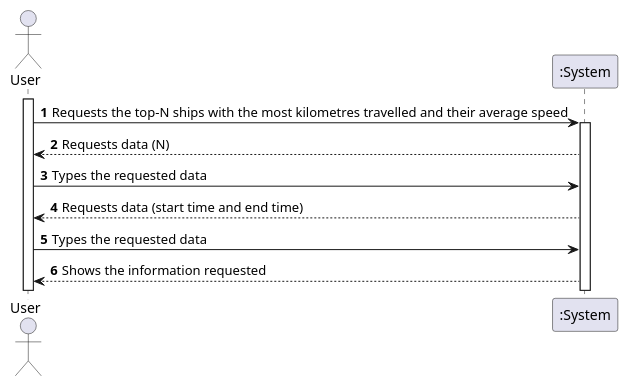
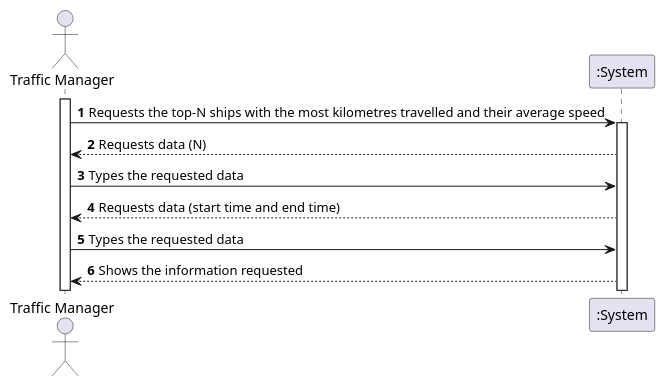
The diagram in docs/Sprint 1/US106/US106_SSD.puml (1190772/LAB-Project-3), drawn with PlantUML before and after one commit. The commit also changed 6 other files, not shown here.

```diff
--- a/docs/Sprint 1/US106/US106_SSD.puml
+++ b/docs/Sprint 1/US106/US106_SSD.puml
@@ -1,23 +1,23 @@
 @startuml
 'https://plantuml.com/sequence-diagram
 
 autonumber
 
-actor "User" as USER
+actor "Traffic Manager" as TM
 
-activate USER
-USER -> ":System" : Requests the top-N ships with the most kilometres travelled and their average speed
+activate TM
+TM -> ":System" : Requests the top-N ships with the most kilometres travelled and their average speed
 
 activate ":System"
-":System" --> USER : Requests data (N)
+":System" --> TM : Requests data (N)
 
-USER -> ":System" : Types the requested data
-":System" --> USER : Requests data (start time and end time)
+TM -> ":System" : Types the requested data
+":System" --> TM : Requests data (start time and end time)
 
-USER -> ":System" : Types the requested data
+TM -> ":System" : Types the requested data
 
-":System" --> USER : Shows the information requested
+":System" --> TM : Shows the information requested
 
 
 
 @enduml
```
